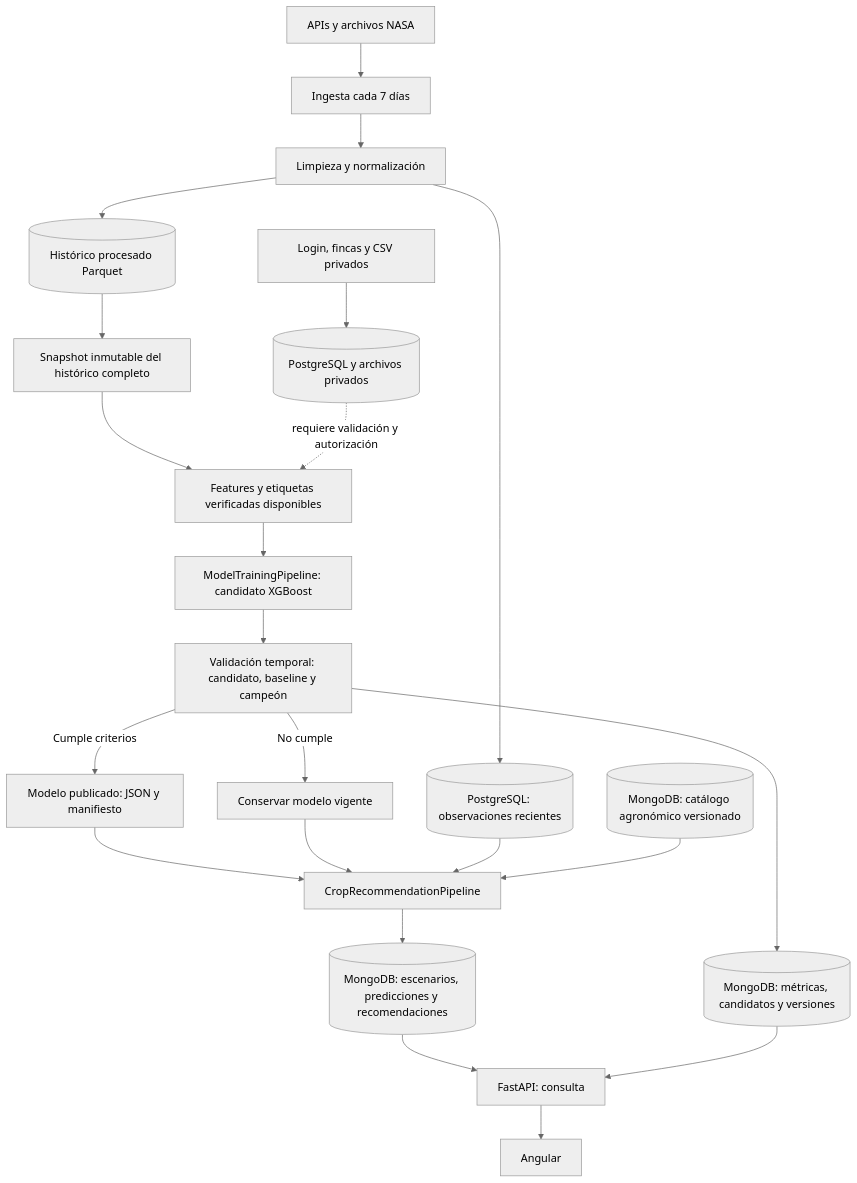
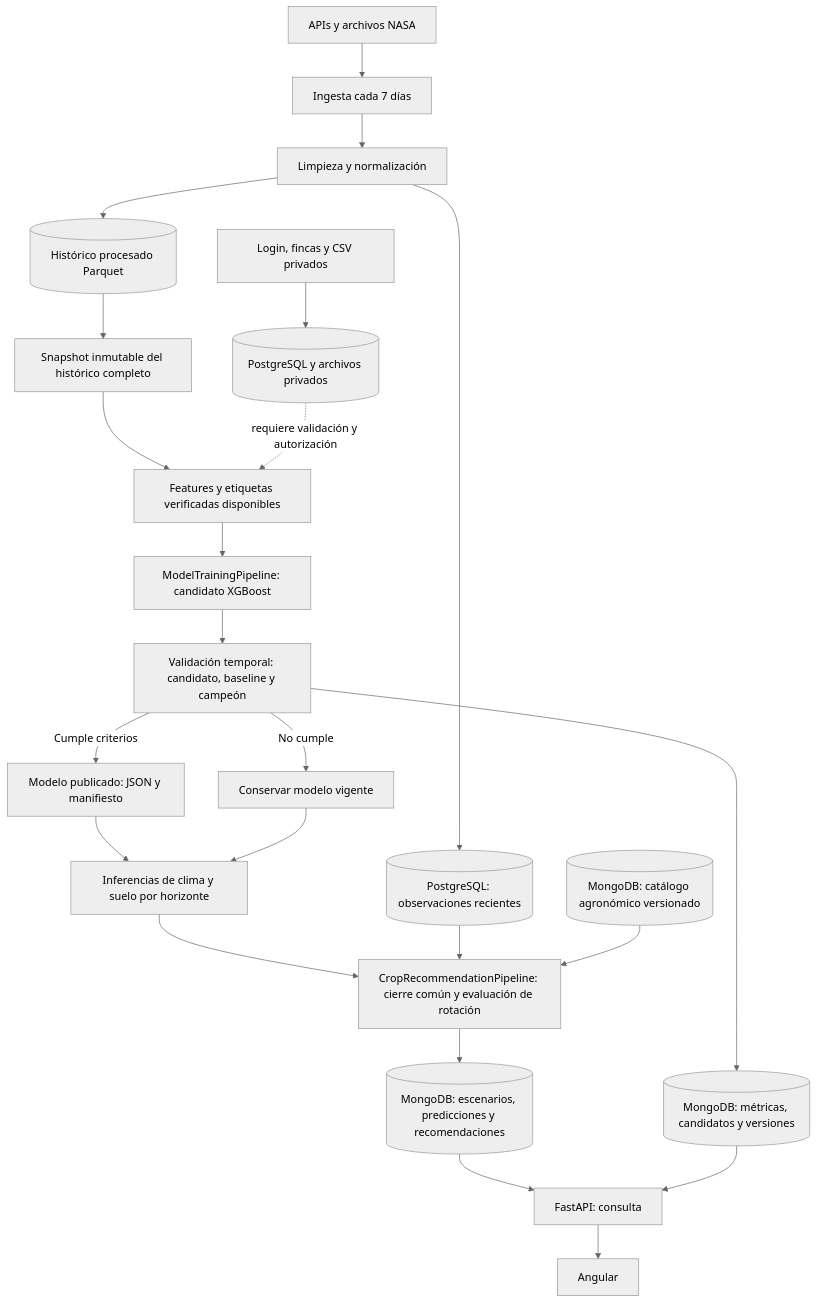
One commit to Samuelbomc/SpaceApps2026 changed the diagram in docs/architecture.md. Above: the diagram before and after it, drawn with Mermaid (neutral theme). The commit also changed other lines of this file and 28 other files, not shown here.

````diff
--- a/docs/architecture.md
+++ b/docs/architecture.md
@@ -10,24 +10,25 @@
 ```mermaid
 flowchart TD
     NASA[APIs y archivos NASA] --> ING[Ingesta cada 7 días]
     ING --> PROC[Limpieza y normalización]
     PROC --> HIST[(Histórico procesado Parquet)]
     PROC --> PG[(PostgreSQL: observaciones recientes)]
     HIST --> SNAP[Snapshot inmutable del histórico completo]
     SNAP --> LABELS[Features y etiquetas verificadas disponibles]
     LABELS --> TRAIN[ModelTrainingPipeline: candidato XGBoost]
     TRAIN --> GATE[Validación temporal: candidato, baseline y campeón]
     GATE -->|Cumple criterios| PUB[Modelo publicado: JSON y manifiesto]
     GATE -->|No cumple| KEEP[Conservar modelo vigente]
-    PUB --> REC[CropRecommendationPipeline]
-    KEEP --> REC
+    PUB --> INF[Inferencias de clima y suelo por horizonte]
+    INF --> REC[CropRecommendationPipeline: cierre común y evaluación de rotación]
+    KEEP --> INF
     PG --> REC
     CATALOG[(MongoDB: catálogo agronómico versionado)] --> REC
     REC --> RESULTS[(MongoDB: escenarios, predicciones y recomendaciones)]
     GATE --> METRICS[(MongoDB: métricas, candidatos y versiones)]
     RESULTS --> API[FastAPI: consulta]
     METRICS --> API
     API --> WEB[Angular]
     USERS[Login, fincas y CSV privados] --> PRIVATE[(PostgreSQL y archivos privados)]
     PRIVATE -. requiere validación y autorización .-> LABELS
 ```
````
